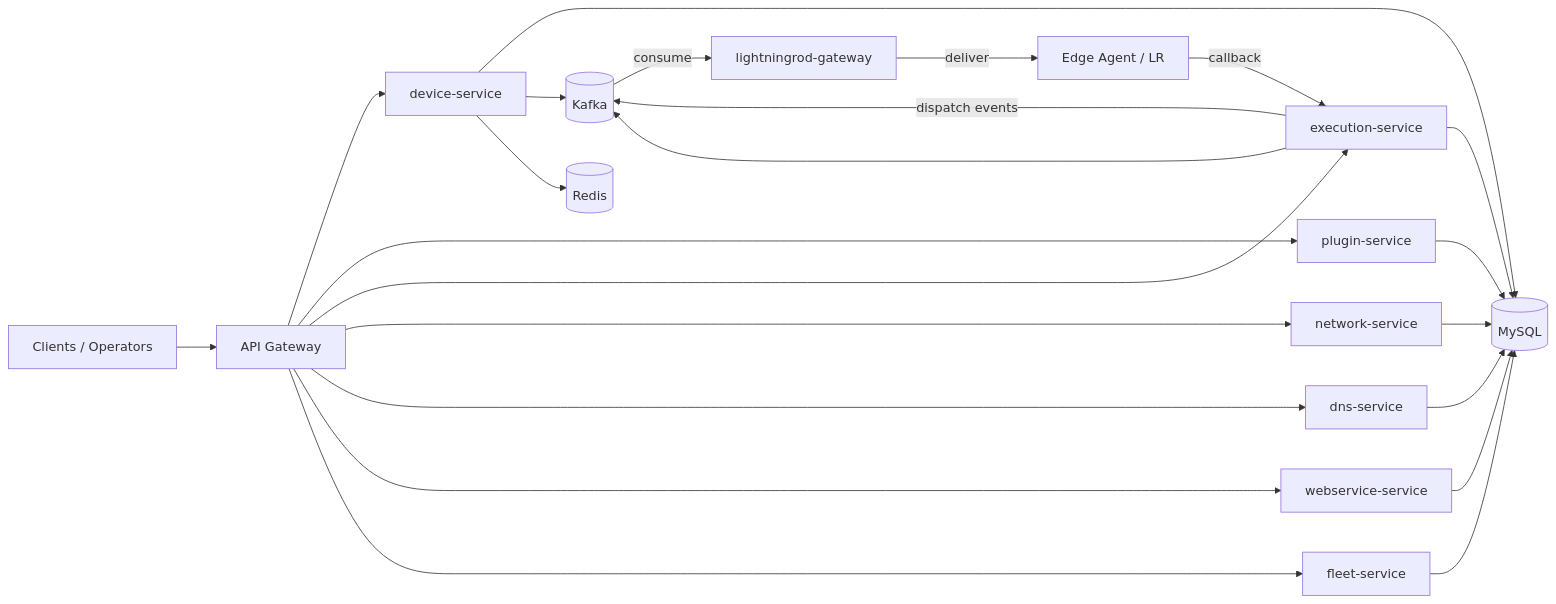
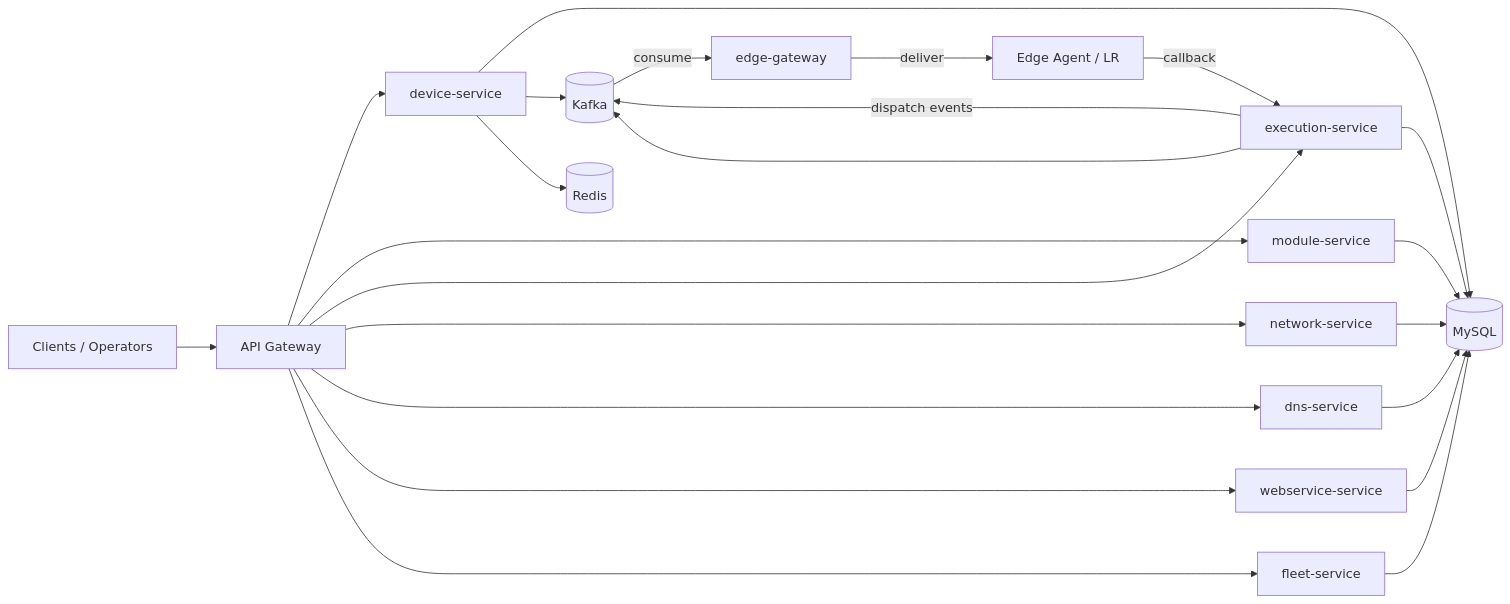
The first of 3 diagrams in README.md (fabiooraziomirto/nexora-platform), drawn with Mermaid before and after one commit. The commit also changed other lines of this file, not shown here.

First line of the commit message:
expand README with complete architecture mermaid diagram

````diff
--- a/README.md
+++ b/README.md
@@ -26,29 +26,29 @@
 ```mermaid
 flowchart LR
     Client[Clients / Operators] --> Gateway[API Gateway]
     Gateway --> Device[device-service]
-    Gateway --> Plugin[plugin-service]
+    Gateway --> Module[module-service]
     Gateway --> Execution[execution-service]
     Gateway --> Network[network-service]
     Gateway --> DNS[dns-service]
     Gateway --> Webservice[webservice-service]
     Gateway --> Fleet[fleet-service]
 
     Execution -->|dispatch events| Kafka[(Kafka)]
-    Kafka -->|consume| LRGateway[lightningrod-gateway]
+    Kafka -->|consume| LRGateway[edge-gateway]
     LRGateway -->|deliver| Agent[Edge Agent / LR]
     Agent -->|callback| Execution
 
     Device --> MySQL[(MySQL)]
-    Plugin --> MySQL
+    Module --> MySQL
     Execution --> MySQL
     Network --> MySQL
     DNS --> MySQL
     Webservice --> MySQL
     Fleet --> MySQL
 
     Device --> Kafka
     Execution --> Kafka
 
     Device --> Redis[(Redis)]
 ```
````
